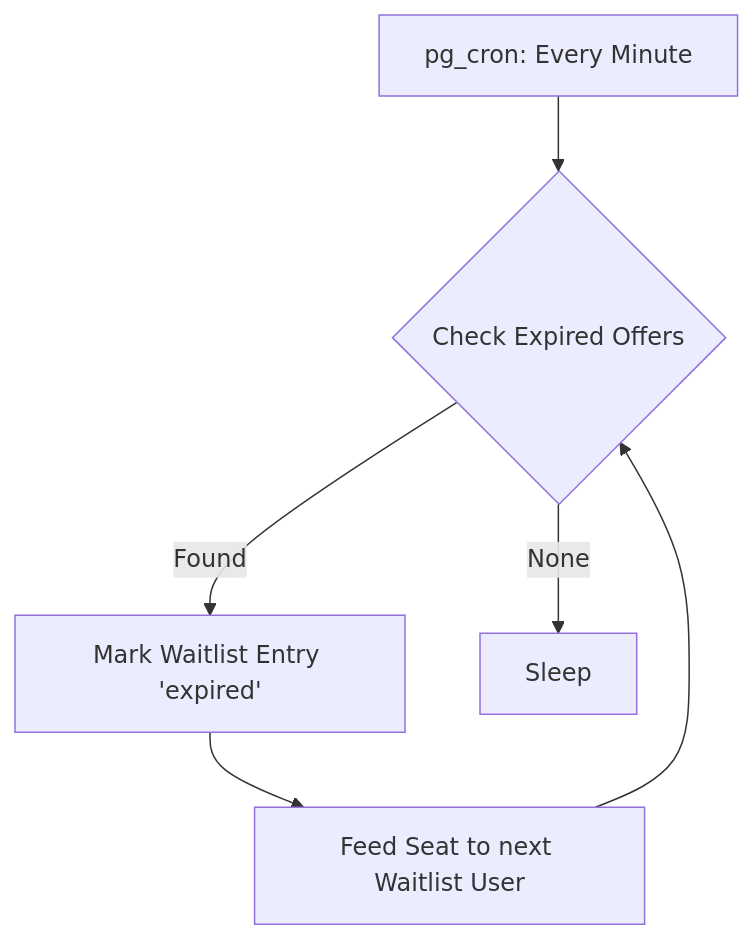
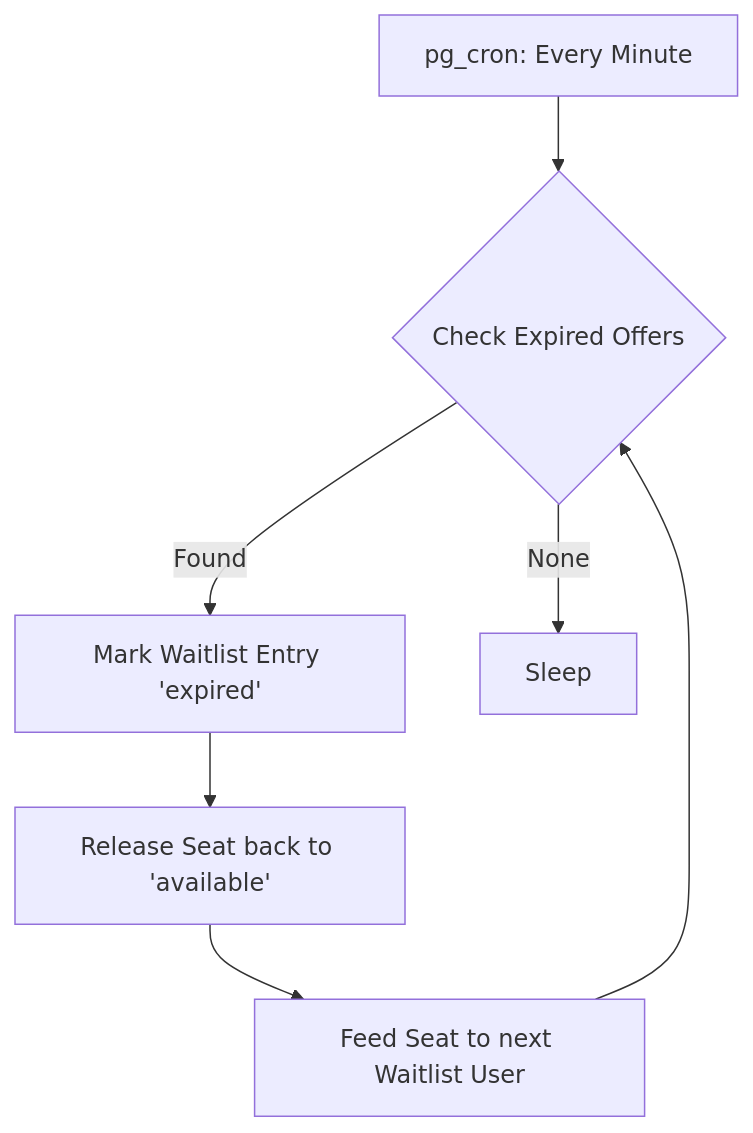
Before and after one commit to 2005lakshya/unthinkable: the third of 3 diagrams in SYSTEM_DESIGN.md, drawn with Mermaid. The commit also changed other lines of this file and 1 other file, not shown here.

Commit message:
Update documentation with latest waitlist features

````diff
--- a/SYSTEM_DESIGN.md
+++ b/SYSTEM_DESIGN.md
@@ -84,8 +84,9 @@
 ```mermaid
 flowchart TD
     A[pg_cron: Every Minute] --> B{Check Expired Offers}
     B -- Found --> C[Mark Waitlist Entry 'expired']
-    C --> D[Feed Seat to next Waitlist User]
-    D --> B
-    B -- None --> E[Sleep]
+    C --> D[Release Seat back to 'available']
+    D --> E[Feed Seat to next Waitlist User]
+    E --> B
+    B -- None --> F[Sleep]
 ```
````
